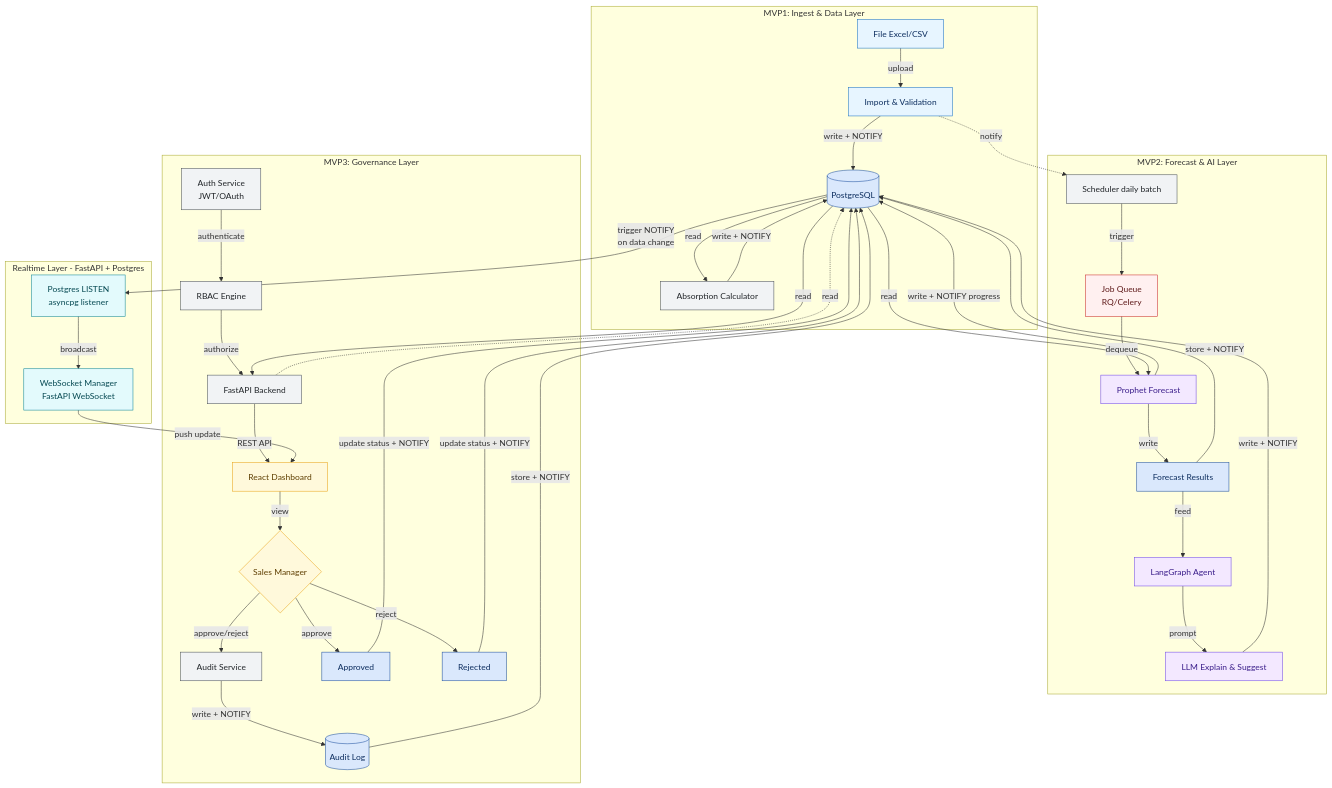
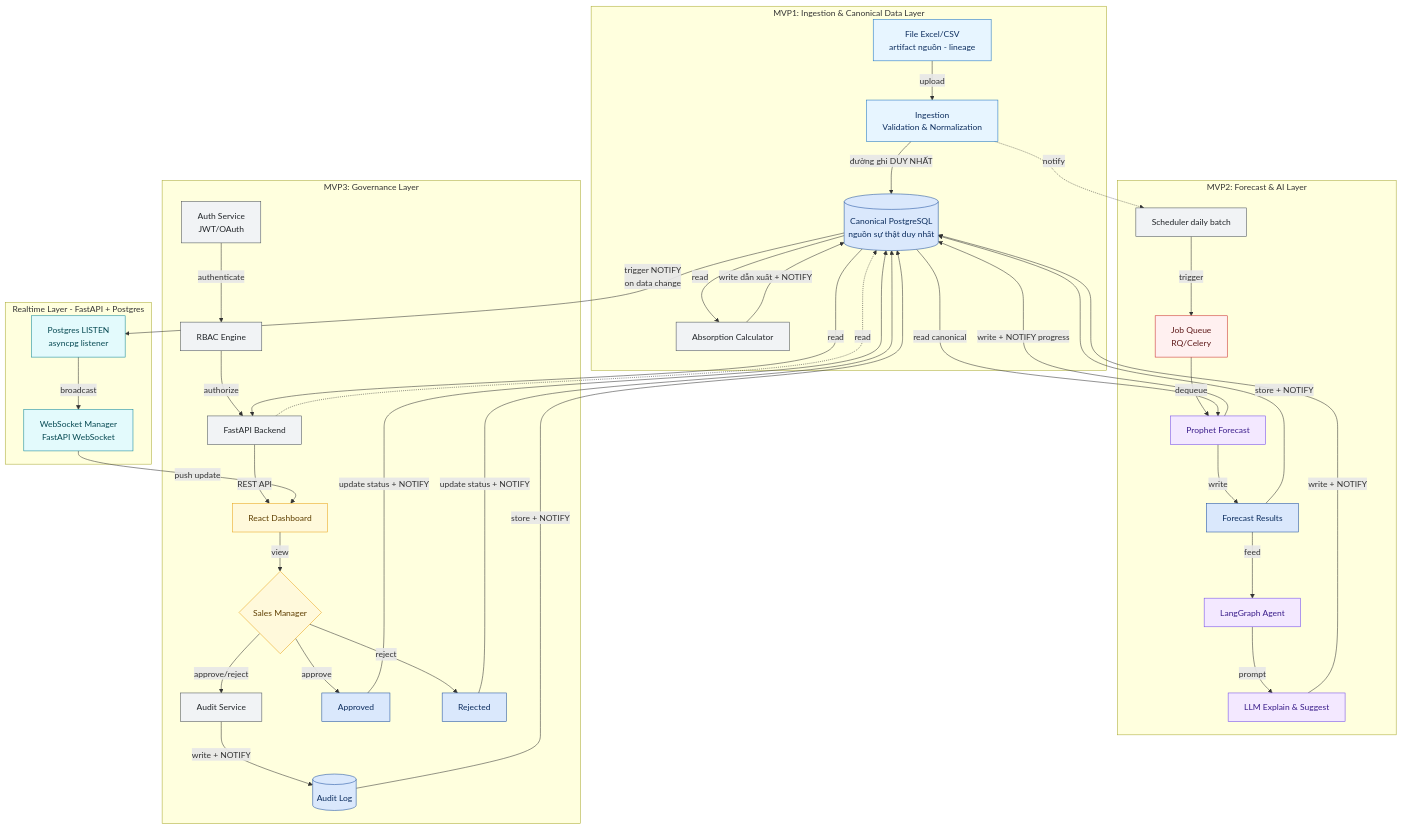
The first of 2 diagrams in docs/product/SRS.md (dt-thanh/nhap-p), drawn with Mermaid before and after one commit. The commit also changed other lines of this file and 274 other files, not shown here.

````diff
--- a/docs/product/SRS.md
+++ b/docs/product/SRS.md
@@ -196,59 +253,59 @@
 ```mermaid
 flowchart TD
     %% ========== GLOBAL STYLES ==========
     classDef ingest fill:#e7f5ff,stroke:#1971c2,color:#0c2d5e
     classDef data fill:#dae8fc,stroke:#1c4e9e,color:#0c2d5e
     classDef ai fill:#f3e8ff,stroke:#7048e8,color:#3a1d8a
     classDef api fill:#f1f3f5,stroke:#495057,color:#212529
     classDef ui fill:#fff9db,stroke:#e8a317,color:#5e3e00
     classDef queue fill:#fff0f0,stroke:#c92a2a,color:#5e1919
     classDef realtime fill:#e3fafc,stroke:#0c8599,color:#064952
 
-    subgraph L1[MVP1: Ingest & Data Layer]
-        A[File Excel/CSV]:::ingest
-        A -->|"upload"| B[Import & Validation]:::ingest
-        B -->|"write + NOTIFY"| C[(PostgreSQL)]:::data
+    subgraph L1[MVP1: Ingestion & Canonical Data Layer]
+        A[File Excel/CSV\nartifact nguồn - lineage]:::ingest
+        A -->|"upload"| B[Ingestion\nValidation & Normalization]:::ingest
+        B -->|"đường ghi DUY NHẤT"| C[(Canonical PostgreSQL\nnguồn sự thật duy nhất)]:::data
         C -->|"read"| D[Absorption Calculator]:::api
-        D -->|"write + NOTIFY"| C
+        D -->|"write dẫn xuất + NOTIFY"| C
     end
 
     subgraph L2[MVP2: Forecast & AI Layer]
         S[Scheduler daily batch]:::api
         S -->|"trigger"| Q[Job Queue\nRQ/Celery]:::queue
         Q -->|"dequeue"| E[Prophet Forecast]:::ai
-        C -->|"read"| E
+        C -->|"read canonical"| E
         E -->|"write + NOTIFY progress"| C
         E -->|"write"| FR[Forecast Results]:::data
         FR -->|"store + NOTIFY"| C
         FR -->|"feed"| F[LangGraph Agent]:::ai
         F -->|"prompt"| G[LLM Explain & Suggest]:::ai
         G -->|"write + NOTIFY"| C
         B -.->|"notify"| S
     end
 
     subgraph L3[MVP3: Governance Layer]
         Auth[Auth Service\nJWT/OAuth]:::api
         Auth -->|"authenticate"| RBAC[RBAC Engine]:::api
         RBAC -->|"authorize"| H[FastAPI Backend]:::api
         C -->|"read"| H
         H -->|"REST API"| I[React Dashboard]:::ui
         I -->|"view"| J{Sales Manager}:::ui
         J -->|"approve/reject"| AS[Audit Service]:::api
         AS -->|"write + NOTIFY"| AL[(Audit Log)]:::data
         AL -->|"store + NOTIFY"| C
         J -->|"approve"| AR[Approved]:::data
         J -->|"reject"| RJ[Rejected]:::data
         AR -->|"update status + NOTIFY"| C
         RJ -->|"update status + NOTIFY"| C
     end
 
     subgraph L4[Realtime Layer - FastAPI + Postgres]
         PG_LISTEN[Postgres LISTEN\nasyncpg listener]:::realtime
         WS[WebSocket Manager\nFastAPI WebSocket]:::realtime
         C -->|"trigger NOTIFY\non data change"| PG_LISTEN
         PG_LISTEN -->|"broadcast"| WS
         WS -->|"push update"| I
     end
 
     H -.->|"read"| C
 ```
````
